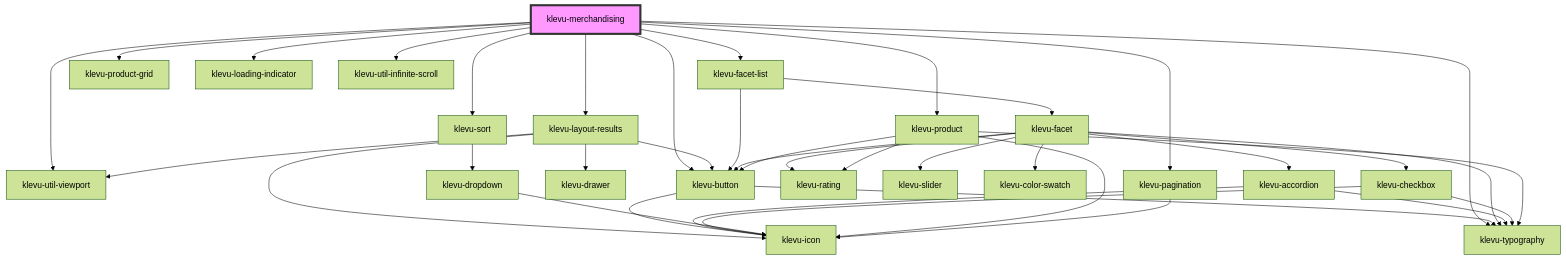
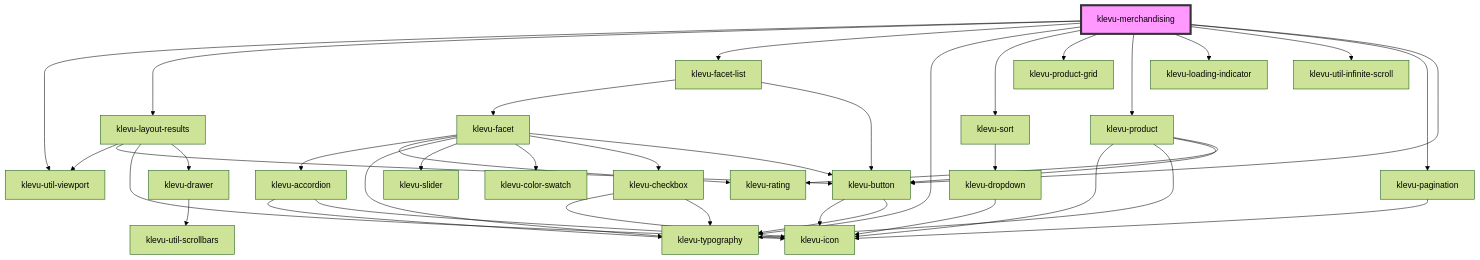
One commit to klevultd/frontend-sdk changed the diagram in packages/klevu-ui/src/components/klevu-merchandising/readme.md. Above: the diagram before and after it, drawn with Mermaid (forest theme). The commit also changed 16 other files, not shown here.

Commit message:
UI: Deprecate --klevu-color-border and improve drawer

````diff
--- a/packages/klevu-ui/src/components/klevu-merchandising/readme.md
+++ b/packages/klevu-ui/src/components/klevu-merchandising/readme.md
@@ -64,41 +64,42 @@
 ```mermaid
 graph TD;
   klevu-merchandising --> klevu-util-viewport
   klevu-merchandising --> klevu-layout-results
   klevu-merchandising --> klevu-facet-list
   klevu-merchandising --> klevu-typography
   klevu-merchandising --> klevu-sort
   klevu-merchandising --> klevu-product-grid
   klevu-merchandising --> klevu-product
   klevu-merchandising --> klevu-loading-indicator
   klevu-merchandising --> klevu-util-infinite-scroll
   klevu-merchandising --> klevu-pagination
   klevu-merchandising --> klevu-button
   klevu-layout-results --> klevu-util-viewport
   klevu-layout-results --> klevu-button
   klevu-layout-results --> klevu-icon
   klevu-layout-results --> klevu-drawer
   klevu-button --> klevu-icon
   klevu-button --> klevu-typography
+  klevu-drawer --> klevu-util-scrollbars
   klevu-facet-list --> klevu-facet
   klevu-facet-list --> klevu-button
   klevu-facet --> klevu-accordion
   klevu-facet --> klevu-rating
   klevu-facet --> klevu-typography
   klevu-facet --> klevu-slider
   klevu-facet --> klevu-color-swatch
   klevu-facet --> klevu-checkbox
   klevu-facet --> klevu-button
   klevu-accordion --> klevu-typography
   klevu-accordion --> klevu-icon
   klevu-checkbox --> klevu-icon
   klevu-checkbox --> klevu-typography
   klevu-sort --> klevu-dropdown
   klevu-dropdown --> klevu-icon
   klevu-product --> klevu-icon
   klevu-product --> klevu-typography
   klevu-product --> klevu-button
   klevu-product --> klevu-rating
   klevu-pagination --> klevu-icon
   style klevu-merchandising fill:#f9f,stroke:#333,stroke-width:4px
 ```
````
